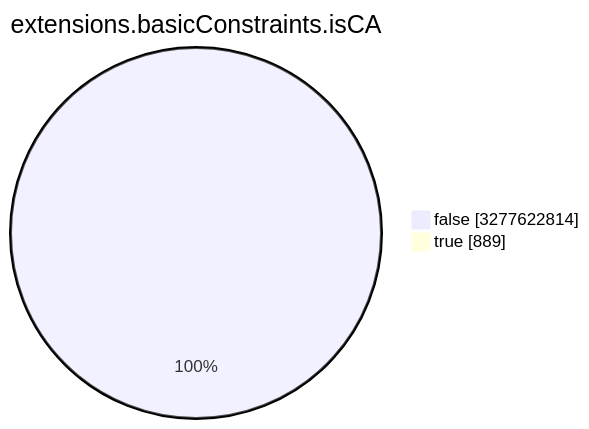
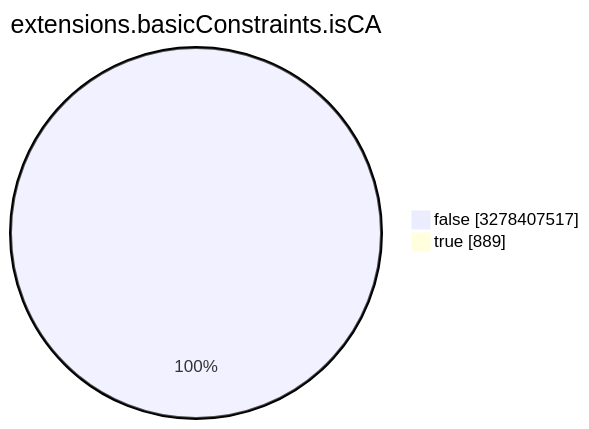
One commit to christiankrug/ctmonitor_visualization changed the seventh of 15 diagrams in TOTAL/README.md. Above: the diagram before and after it, drawn with Mermaid. The commit also changed other lines of this file, not shown here.

````diff
--- a/TOTAL/README.md
+++ b/TOTAL/README.md
@@ -3089,6 +3089,6 @@
 ```mermaid
 pie showData
 title extensions.basicConstraints.isCA
-"false" :3277622814
+"false" :3278407517
 "true" :889
 ```
````
